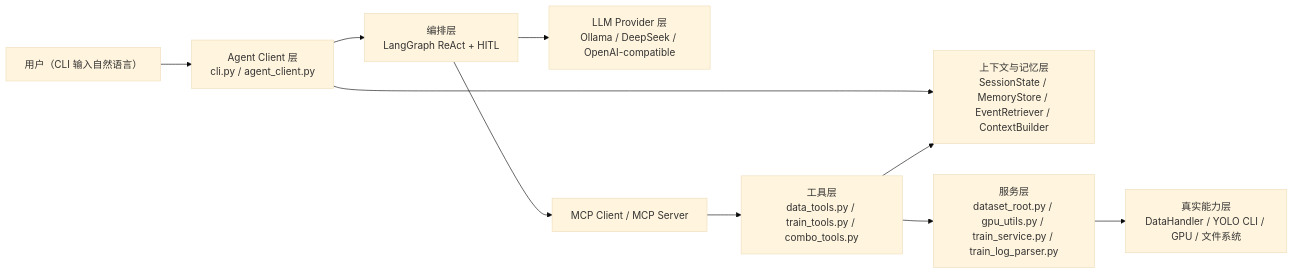
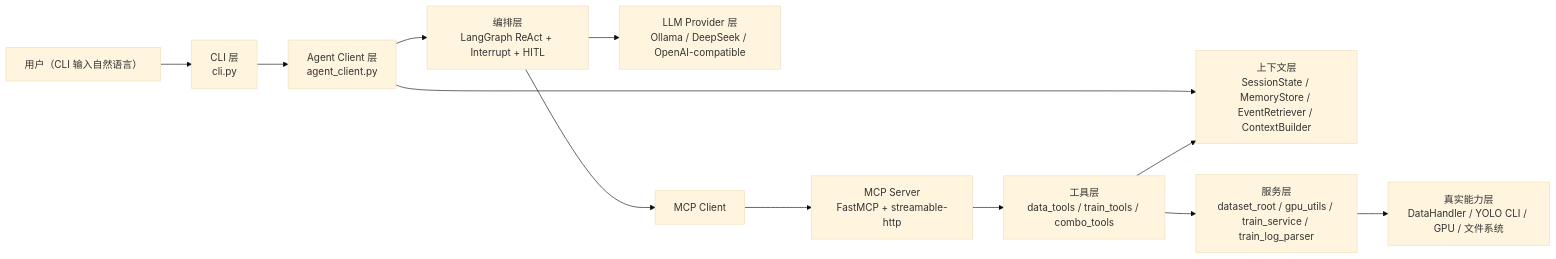
One commit to KLYkl/yolostudio-agent changed the first of 9 diagrams in doc/agent_architecture_learning_guide_2026-04-10.md. Above: the diagram before and after it, drawn with Mermaid (base theme). The commit also changed other lines of this file, not shown here.

Commit message:
docs: expand agent architecture learning guide

````diff
--- a/doc/agent_architecture_learning_guide_2026-04-10.md
+++ b/doc/agent_architecture_learning_guide_2026-04-10.md
@@ -41,22 +137,26 @@
 ```mermaid
 flowchart LR
     U["用户（CLI 输入自然语言）"]
-    C["Agent Client 层<br/>cli.py / agent_client.py"]
-    M["上下文与记忆层<br/>SessionState / MemoryStore / EventRetriever / ContextBuilder"]
-    L["LLM Provider 层<br/>Ollama / DeepSeek / OpenAI-compatible"]
-    P["编排层<br/>LangGraph ReAct + HITL"]
-    MCP["MCP Client / MCP Server"]
-    T["工具层<br/>data_tools.py / train_tools.py / combo_tools.py"]
-    S["服务层<br/>dataset_root.py / gpu_utils.py / train_service.py / train_log_parser.py"]
-    Y["真实能力层<br/>DataHandler / YOLO CLI / GPU / 文件系统"]
+    CLI["CLI 层<br/>cli.py"]
+    AC["Agent Client 层<br/>agent_client.py"]
+    CTX["上下文层<br/>SessionState / MemoryStore / EventRetriever / ContextBuilder"]
+    ORCH["编排层<br/>LangGraph ReAct + Interrupt + HITL"]
+    LLM["LLM Provider 层<br/>Ollama / DeepSeek / OpenAI-compatible"]
+    MCP["MCP Client"]
+    SERVER["MCP Server<br/>FastMCP + streamable-http"]
+    TOOLS["工具层<br/>data_tools / train_tools / combo_tools"]
+    SVCS["服务层<br/>dataset_root / gpu_utils / train_service / train_log_parser"]
+    CORE["真实能力层<br/>DataHandler / YOLO CLI / GPU / 文件系统"]
 
-    U --> C
-    C --> M
-    C --> P
-    P --> L
-    P --> MCP
-    MCP --> T
-    T --> S
-    S --> Y
-    T --> M
+    U --> CLI
+    CLI --> AC
+    AC --> CTX
+    AC --> ORCH
+    ORCH --> LLM
+    ORCH --> MCP
+    MCP --> SERVER
+    SERVER --> TOOLS
+    TOOLS --> SVCS
+    SVCS --> CORE
+    TOOLS --> CTX
 ```
````
